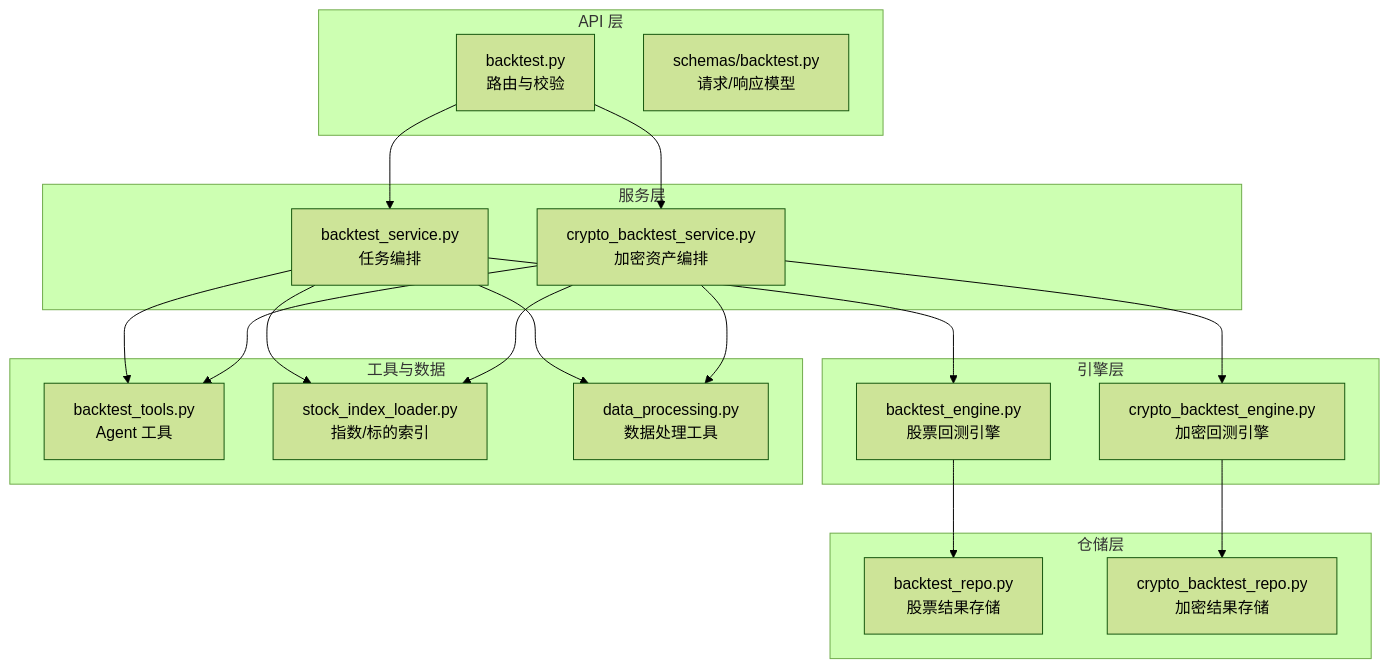
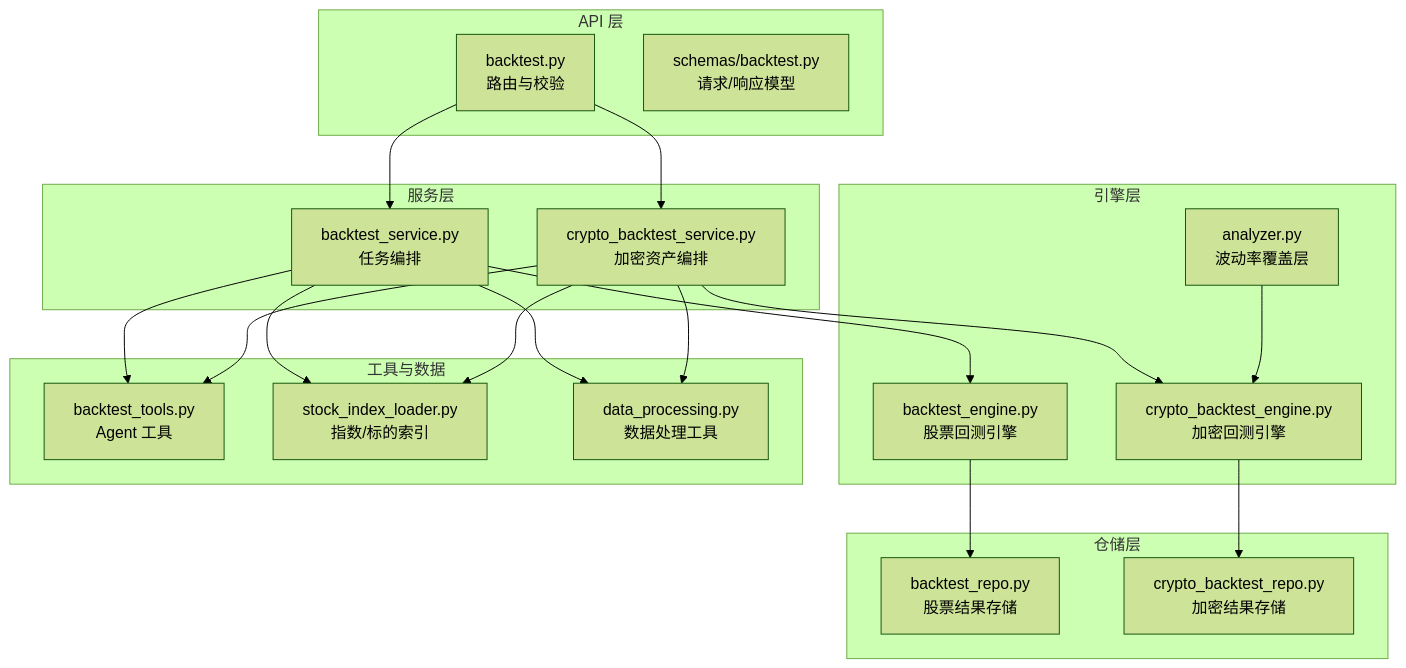
The first of 8 diagrams in .qoder/repowiki/zh/content/交易策略系统/回测引擎/回测引擎.md (anYaoooo/daily_stock_analysis), drawn with Mermaid (forest theme) before and after one commit. The commit also changed other lines of this file and 23 other files, not shown here.

````diff
--- a/.qoder/repowiki/zh/content/交易策略系统/回测引擎/回测引擎.md
+++ b/.qoder/repowiki/zh/content/交易策略系统/回测引擎/回测引擎.md
@@ -49,36 +61,38 @@
 ```mermaid
 graph TB
 subgraph "API 层"
 A["backtest.py<br/>路由与校验"]
 B["schemas/backtest.py<br/>请求/响应模型"]
 end
 subgraph "服务层"
 C["backtest_service.py<br/>任务编排"]
 D["crypto_backtest_service.py<br/>加密资产编排"]
 end
 subgraph "引擎层"
 E["backtest_engine.py<br/>股票回测引擎"]
 F["crypto_backtest_engine.py<br/>加密回测引擎"]
+G["analyzer.py<br/>波动率覆盖层"]
 end
 subgraph "仓储层"
-G["backtest_repo.py<br/>股票结果存储"]
-H["crypto_backtest_repo.py<br/>加密结果存储"]
+H["backtest_repo.py<br/>股票结果存储"]
+I["crypto_backtest_repo.py<br/>加密结果存储"]
 end
 subgraph "工具与数据"
-I["backtest_tools.py<br/>Agent 工具"]
-J["stock_index_loader.py<br/>指数/标的索引"]
-K["data_processing.py<br/>数据处理工具"]
+J["backtest_tools.py<br/>Agent 工具"]
+K["stock_index_loader.py<br/>指数/标的索引"]
+L["data_processing.py<br/>数据处理工具"]
 end
 A --> C
 A --> D
 C --> E
 D --> F
-E --> G
-F --> H
-C --> I
-D --> I
+E --> H
+F --> I
 C --> J
 D --> J
 C --> K
 D --> K
+C --> L
+D --> L
+G --> F
 ```
````
